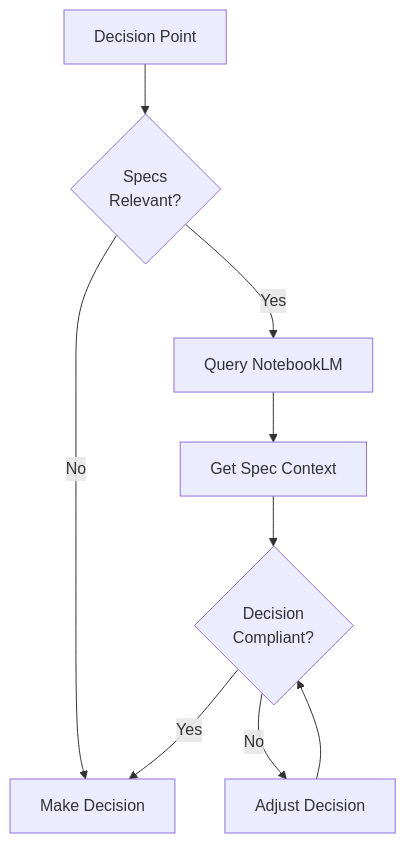
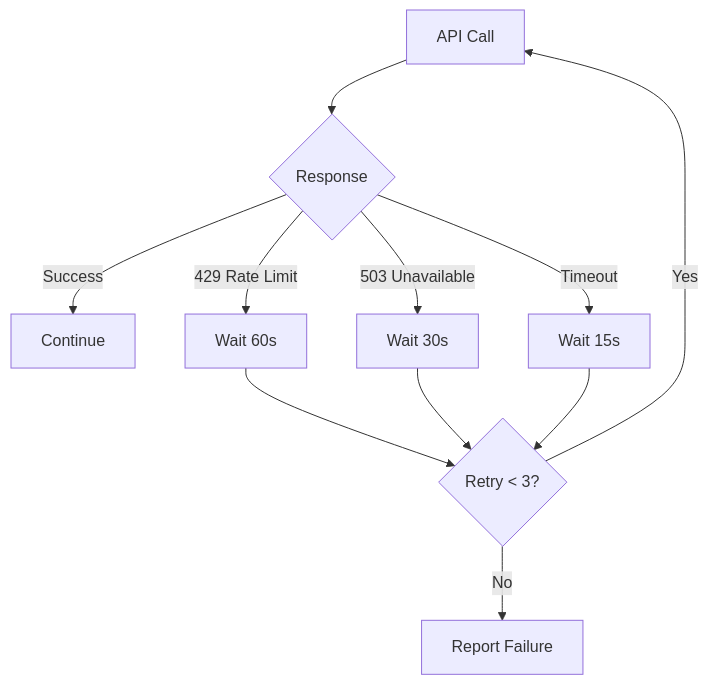
Before and after one commit to wojons/skills: the eighth of 8 diagrams in skills/notebooklm-federated-specs/SKILL.md, drawn with Mermaid. The commit also changed other lines of this file and 4 other files, not shown here.

````diff
--- a/skills/notebooklm-federated-specs/SKILL.md
+++ b/skills/notebooklm-federated-specs/SKILL.md
@@ -353,11 +558,15 @@
 ```mermaid
 flowchart TD
-    Decision[Decision Point] --> Check{Specs<br/>Relevant?}
-    Check -->|Yes| Query[Query NotebookLM]
-    Check -->|No| Decide[Make Decision]
-    Query --> Get[Get Spec Context]
-    Get --> Validate{Decision<br/>Compliant?}
-    Validate -->|Yes| Decide
-    Validate -->|No| Adjust[Adjust Decision]
-    Adjust --> Validate
+    CALL[API Call] --> RESULT{Response}
+    RESULT -->|Success| DONE[Continue]
+    RESULT -->|429 Rate Limit| WAIT1[Wait 60s]
+    RESULT -->|503 Unavailable| WAIT2[Wait 30s]
+    RESULT -->|Timeout| WAIT3[Wait 15s]
+    
+    WAIT1 --> RETRY{Retry < 3?}
+    WAIT2 --> RETRY
+    WAIT3 --> RETRY
+    
+    RETRY -->|Yes| CALL
+    RETRY -->|No| FAIL[Report Failure]
 ```
````
